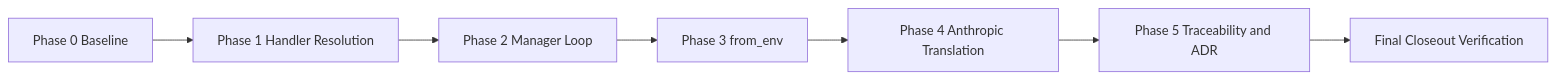
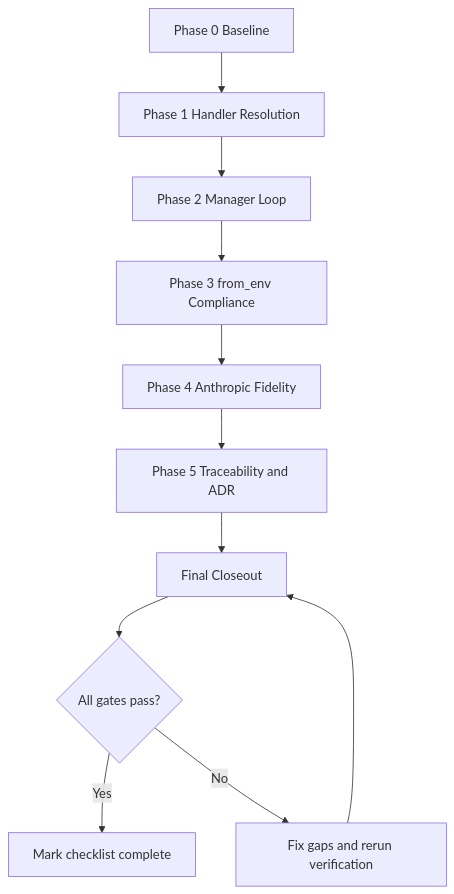
Before and after one commit to jaytaylor/attractor-tcl: the third of 5 diagrams in docs/sprints/SPRINT-006-nlspec-adherence-gap-closure.md, drawn with Mermaid. The commit also changed other lines of this file, not shown here.

Commit message:
docs: complete sprint 006 checklist with fresh verification evidence

````diff
--- a/docs/sprints/SPRINT-006-nlspec-adherence-gap-closure.md
+++ b/docs/sprints/SPRINT-006-nlspec-adherence-gap-closure.md
@@ -957,9 +1398,14 @@
 ```mermaid
-flowchart LR
+flowchart TD
   A[Phase 0 Baseline] --> B[Phase 1 Handler Resolution]
   B --> C[Phase 2 Manager Loop]
-  C --> D[Phase 3 from_env]
-  D --> E[Phase 4 Anthropic Translation]
+  C --> D[Phase 3 from_env Compliance]
+  D --> E[Phase 4 Anthropic Fidelity]
   E --> F[Phase 5 Traceability and ADR]
-  F --> G[Final Closeout Verification]
+  F --> G[Final Closeout]
+
+  G --> H{All gates pass?}
+  H -- Yes --> I[Mark checklist complete]
+  H -- No --> J[Fix gaps and rerun verification]
+  J --> G
 ```
````
